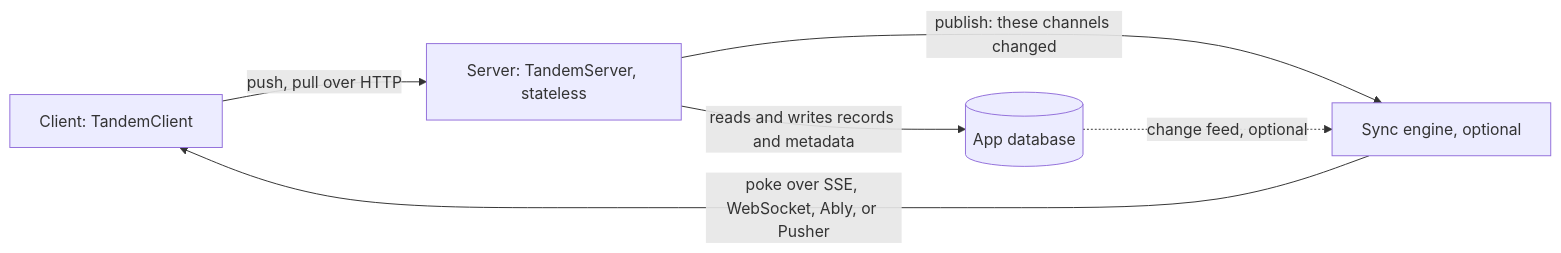
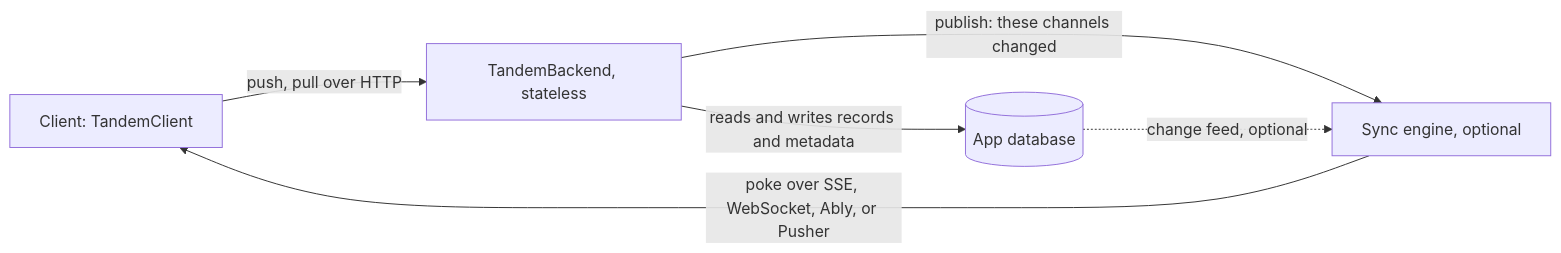
Before and after one commit to tanishqkancharla/tandem: the diagram in .diffmap/specs/tandem-sync-engine-refactor/README.md, drawn with Mermaid. The commit also changed other lines of this file and 9 other files, not shown here.

Commit message:
Spec: name the stateless piece TandemBackend, make TandemServer the bundle, plan per-room Durable Objects

````diff
--- a/.diffmap/specs/tandem-sync-engine-refactor/README.md
+++ b/.diffmap/specs/tandem-sync-engine-refactor/README.md
@@ -19,10 +19,10 @@
 ```mermaid [Three pieces]
 flowchart LR
-    C[Client: TandemClient] -->|push, pull over HTTP| S[Server: TandemServer, stateless]
+    C[Client: TandemClient] -->|push, pull over HTTP| S[TandemBackend, stateless]
     S -->|reads and writes records and metadata| DB[(App database)]
     S -->|publish: these channels changed| E[Sync engine, optional]
     DB -.->|change feed, optional| E
     E -->|poke over SSE, WebSocket, Ably, or Pusher| C
     %% ref node:C [[packages/core/src/TandemClient.ts#TandemClient]]
     %% ref node:S [[packages/server/src/TandemServer.ts#TandemServer]]
 ```
````
